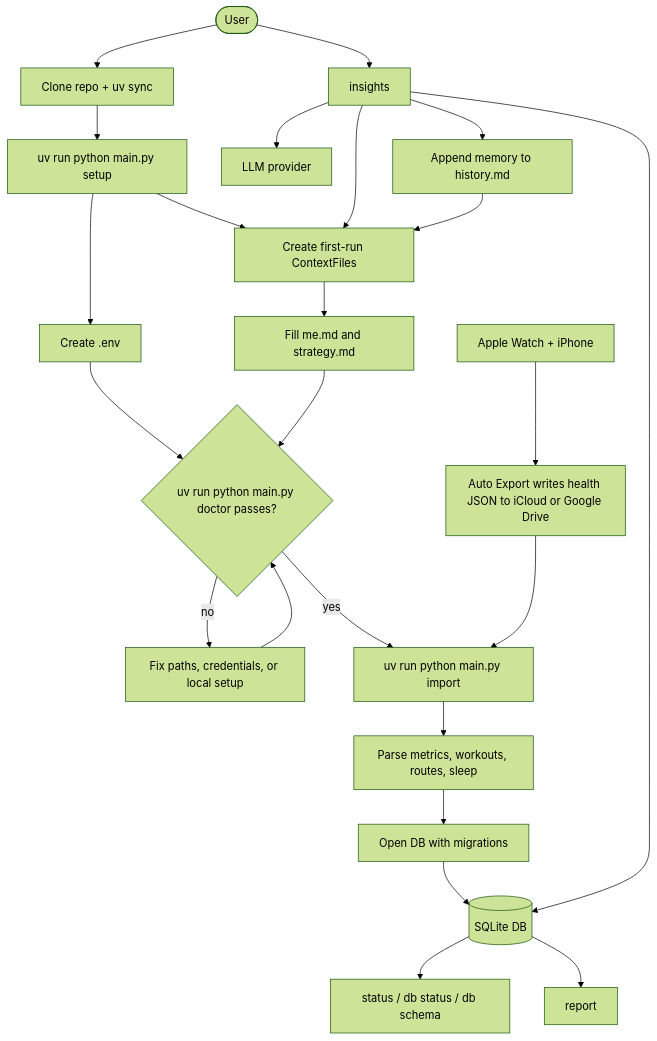
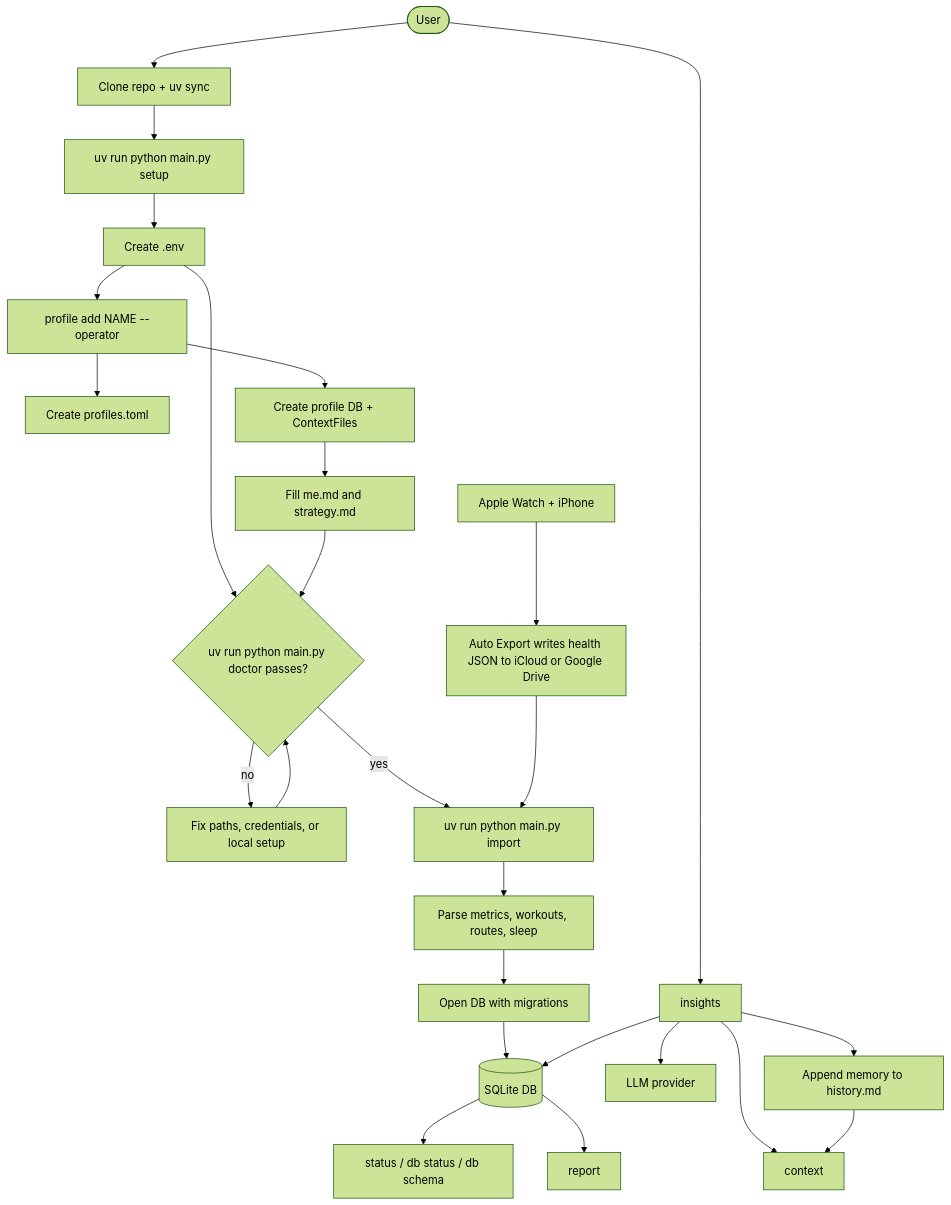
The third of 8 diagrams in docs/user-flow.md (Alchemication/zdrowskit), drawn with Mermaid (forest theme) before and after one commit. The commit also changed other lines of this file and 43 other files, not shown here.

````diff
--- a/docs/user-flow.md
+++ b/docs/user-flow.md
@@ -57,46 +98,50 @@
 ```mermaid
 flowchart TD
     user([User])
     clone["Clone repo + uv sync"]
     setup["uv run python main.py setup"]
     env["Create .env"]
-    context["Create first-run ContextFiles"]
+    addProfile["profile add NAME --operator"]
+    roster["Create profiles.toml"]
+    tree["Create profile DB + ContextFiles"]
     editContext["Fill me.md and strategy.md"]
     doctor{"uv run python main.py doctor passes?"}
     fixConfig["Fix paths, credentials, or local setup"]
     apple["Apple Watch + iPhone"]
     autoExport["Auto Export writes health JSON to iCloud or Google Drive"]
     importCmd["uv run python main.py import"]
     parse["Parse metrics, workouts, routes, sleep"]
     migrate["Open DB with migrations"]
     db[(SQLite DB)]
     status["status / db status / db schema"]
     report["report"]
     insights["insights"]
     llm["LLM provider"]
     memory["Append memory to history.md"]
 
     user --> clone
     clone --> setup
     setup --> env
-    setup --> context
-    context --> editContext
+    env --> addProfile
+    addProfile --> roster
+    addProfile --> tree
+    tree --> editContext
     env --> doctor
     editContext --> doctor
     doctor -- no --> fixConfig
     fixConfig --> doctor
     doctor -- yes --> importCmd
     apple --> autoExport
     autoExport --> importCmd
     importCmd --> parse
     parse --> migrate
     migrate --> db
     db --> status
     db --> report
     user --> insights
     insights --> db
     insights --> context
     insights --> llm
     insights --> memory
     memory --> context
 ```
````
